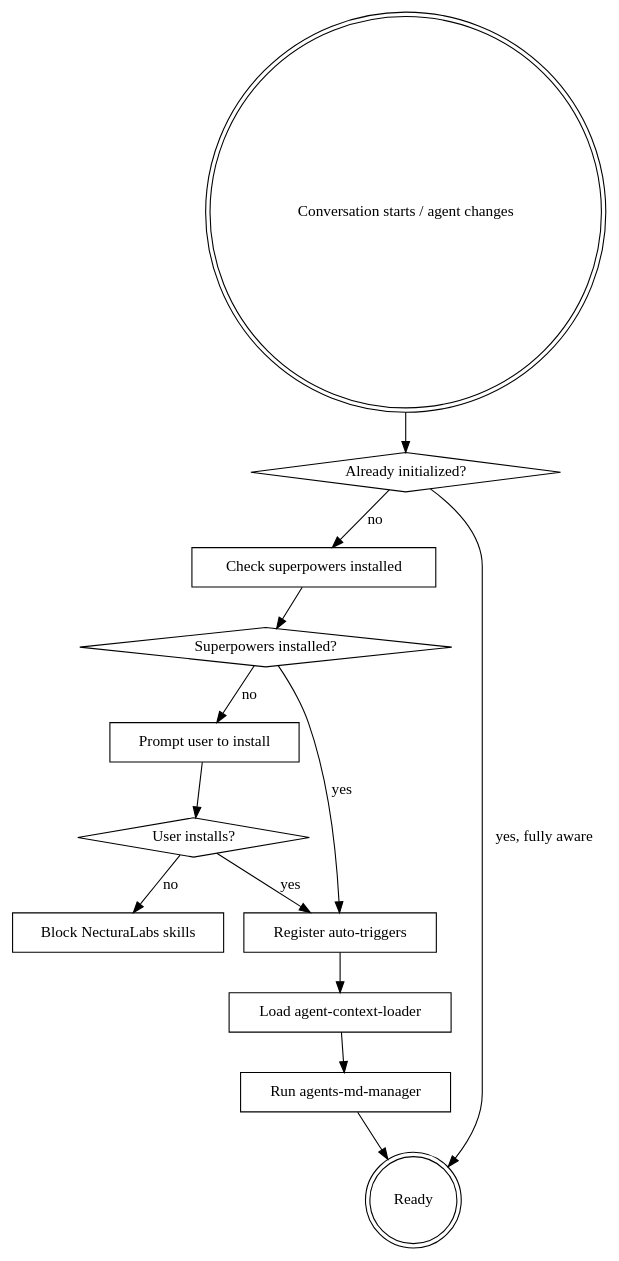
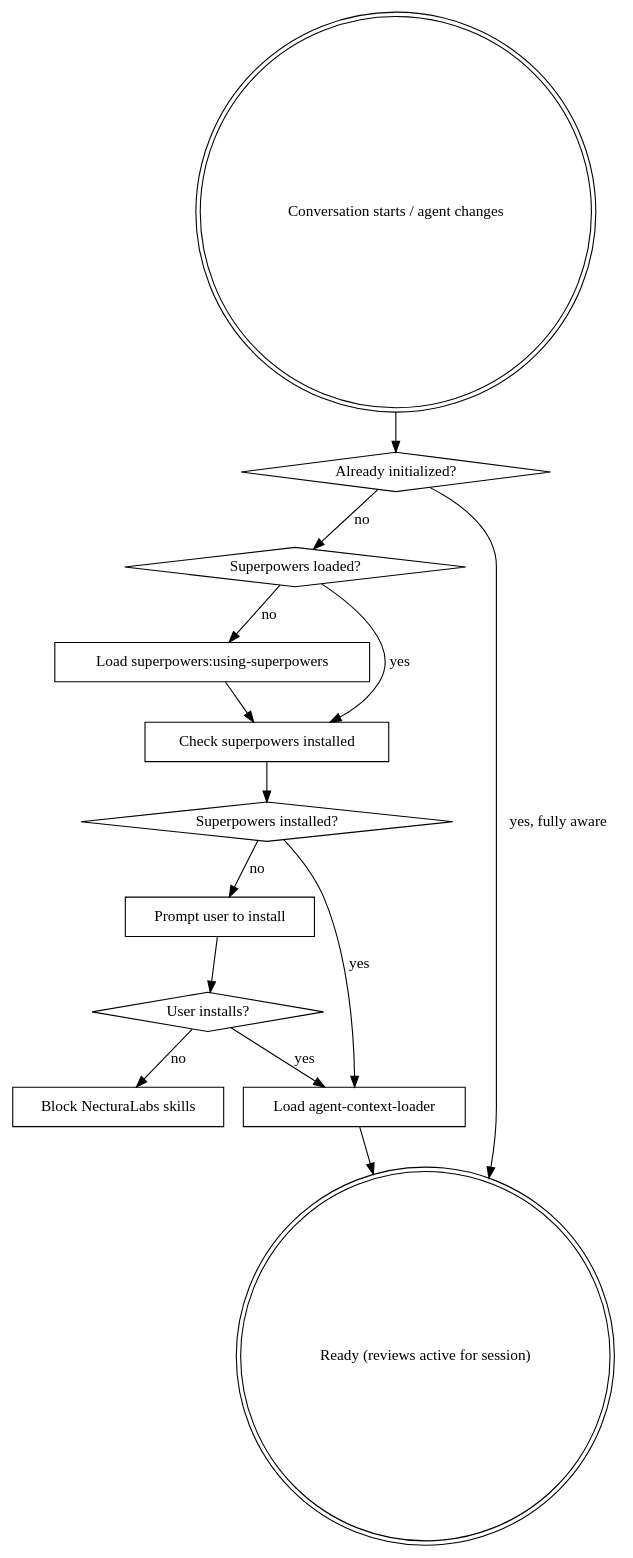
Before and after one commit to NecturaLabs/AgentSkills: the first of 2 diagrams in skills/using-necturalabs/SKILL.md, drawn with Graphviz. The commit also changed other lines of this file and 8 other files, not shown here.

````diff
--- a/skills/using-necturalabs/SKILL.md
+++ b/skills/using-necturalabs/SKILL.md
@@ -18,28 +18,29 @@
 ```dot
 digraph init {
     "Conversation starts / agent changes" [shape=doublecircle];
     "Already initialized?" [shape=diamond];
+    "Superpowers loaded?" [shape=diamond];
+    "Load superpowers:using-superpowers" [shape=box];
     "Check superpowers installed" [shape=box];
     "Superpowers installed?" [shape=diamond];
     "Prompt user to install" [shape=box];
     "User installs?" [shape=diamond];
     "Block NecturaLabs skills" [shape=box];
-    "Register auto-triggers" [shape=box];
     "Load agent-context-loader" [shape=box];
-    "Run agents-md-manager" [shape=box];
-    "Ready" [shape=doublecircle];
+    "Ready (reviews active for session)" [shape=doublecircle];
 
     "Conversation starts / agent changes" -> "Already initialized?";
-    "Already initialized?" -> "Ready" [label="yes, fully aware"];
-    "Already initialized?" -> "Check superpowers installed" [label="no"];
+    "Already initialized?" -> "Ready (reviews active for session)" [label="yes, fully aware"];
+    "Already initialized?" -> "Superpowers loaded?" [label="no"];
+    "Superpowers loaded?" -> "Check superpowers installed" [label="yes"];
+    "Superpowers loaded?" -> "Load superpowers:using-superpowers" [label="no"];
+    "Load superpowers:using-superpowers" -> "Check superpowers installed";
     "Check superpowers installed" -> "Superpowers installed?";
-    "Superpowers installed?" -> "Register auto-triggers" [label="yes"];
+    "Superpowers installed?" -> "Load agent-context-loader" [label="yes"];
     "Superpowers installed?" -> "Prompt user to install" [label="no"];
     "Prompt user to install" -> "User installs?";
-    "User installs?" -> "Register auto-triggers" [label="yes"];
+    "User installs?" -> "Load agent-context-loader" [label="yes"];
     "User installs?" -> "Block NecturaLabs skills" [label="no"];
-    "Register auto-triggers" -> "Load agent-context-loader";
-    "Load agent-context-loader" -> "Run agents-md-manager";
-    "Run agents-md-manager" -> "Ready";
+    "Load agent-context-loader" -> "Ready (reviews active for session)";
 }
 ```
````
